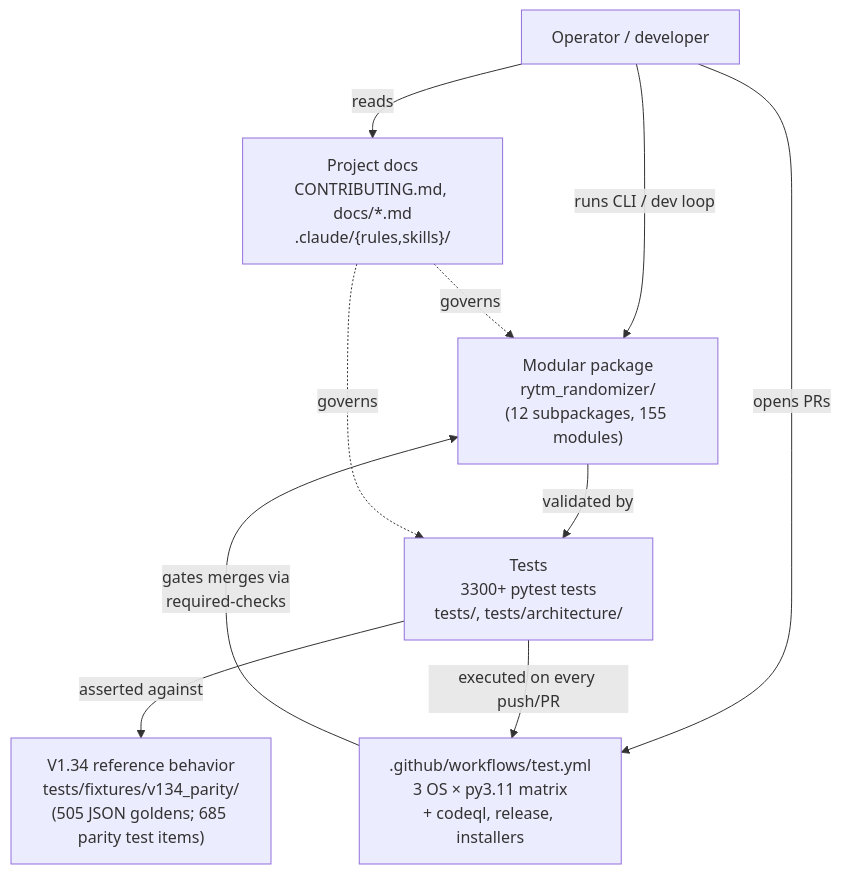
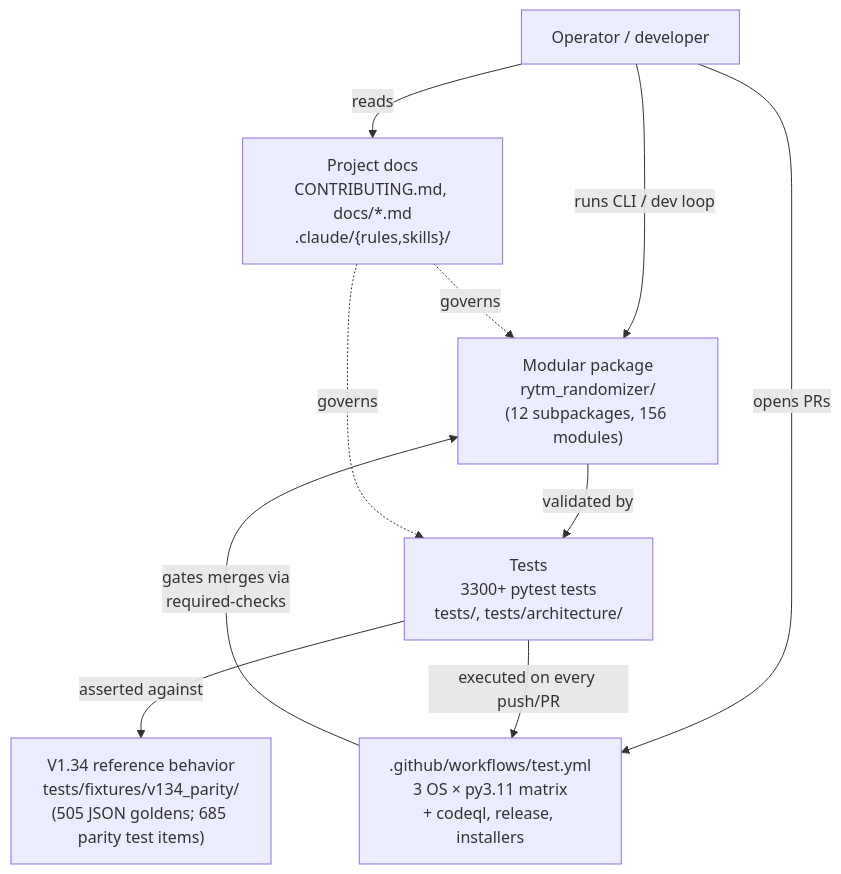
Before and after one commit to buzzijose-hub/RytmRandomizer: the first of 26 diagrams in docs/ARCHITECTURE_DIAGRAMS.md, drawn with Mermaid. The commit also changed other lines of this file and 15 other files, not shown here.

````diff
--- a/docs/ARCHITECTURE_DIAGRAMS.md
+++ b/docs/ARCHITECTURE_DIAGRAMS.md
@@ -47,22 +47,22 @@
 ```mermaid
 flowchart TB
     User["Operator / developer"]
     V134["V1.34 reference behavior<br/>tests/fixtures/v134_parity/<br/>(505 JSON goldens; 685 parity test items)"]
-    Package["Modular package<br/>rytm_randomizer/<br/>(12 subpackages, 155 modules)"]
+    Package["Modular package<br/>rytm_randomizer/<br/>(12 subpackages, 156 modules)"]
     Tests["Tests<br/>3300+ pytest tests<br/>tests/, tests/architecture/"]
     CI[".github/workflows/test.yml<br/>3 OS × py3.11 matrix<br/>+ codeql, release, installers"]
     Docs["Project docs<br/>CONTRIBUTING.md, docs/*.md<br/>.claude/{rules,skills}/"]
 
     User -->|"runs CLI / dev loop"| Package
     User -->|"opens PRs"| CI
     User -->|"reads"| Docs
 
     Package -->|"validated by"| Tests
     Tests -->|"asserted against"| V134
     Tests -->|"executed on every push/PR"| CI
 
     CI -->|"gates merges via<br/>required-checks"| Package
 
     Docs -.->|"governs"| Package
     Docs -.->|"governs"| Tests
 ```
````
